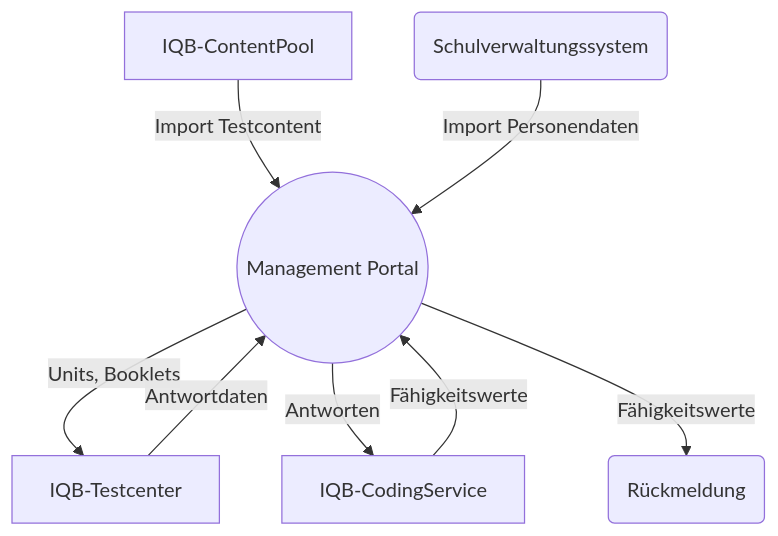
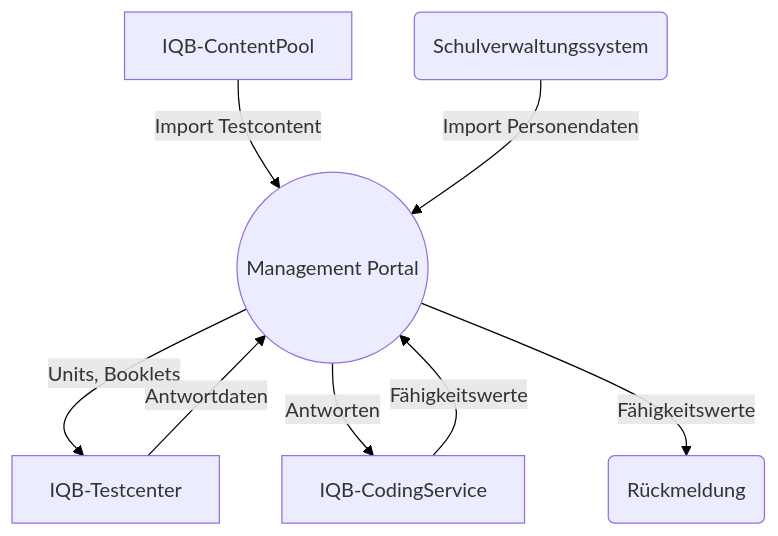
One commit to iqb-berlin/rising-stars changed the second of 2 diagrams in survey/index.qmd. Above: the diagram before and after it, drawn with Mermaid. The commit also changed other lines of this file, not shown here.

Commit message:
Fix link styles

````diff
--- a/survey/index.qmd
+++ b/survey/index.qmd
@@ -52,11 +53,13 @@
 ```{mermaid}
 flowchart TD
     A[IQB-ContentPool] -->|Import Testcontent| C((Management Portal))
     B(Schulverwaltungssystem)-->|Import Personendaten| C
     C -->|Units, Booklets| D[IQB-Testcenter]
     D -->|Antwortdaten| C
     C -->|Antworten| E[IQB-CodingService]
     E -->|Fähigkeitswerte| C
     C -->|Fähigkeitswerte| F(Rückmeldung)
+
+    linkStyle 0,1,2,3,4,5,6 stroke:black
   
 ```
````
